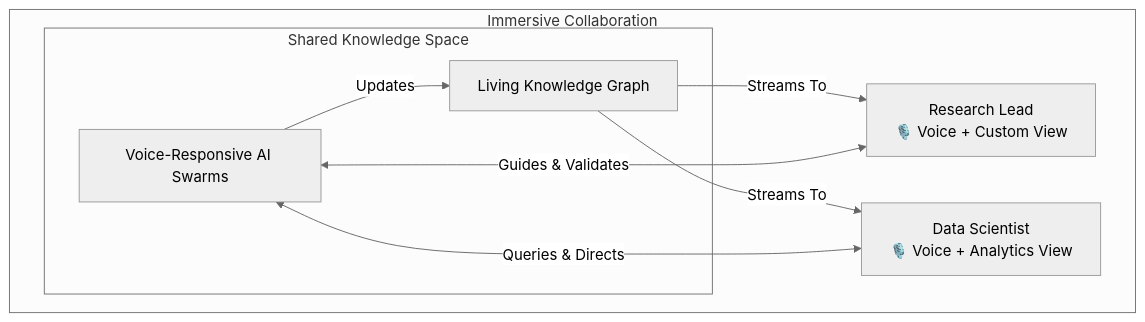
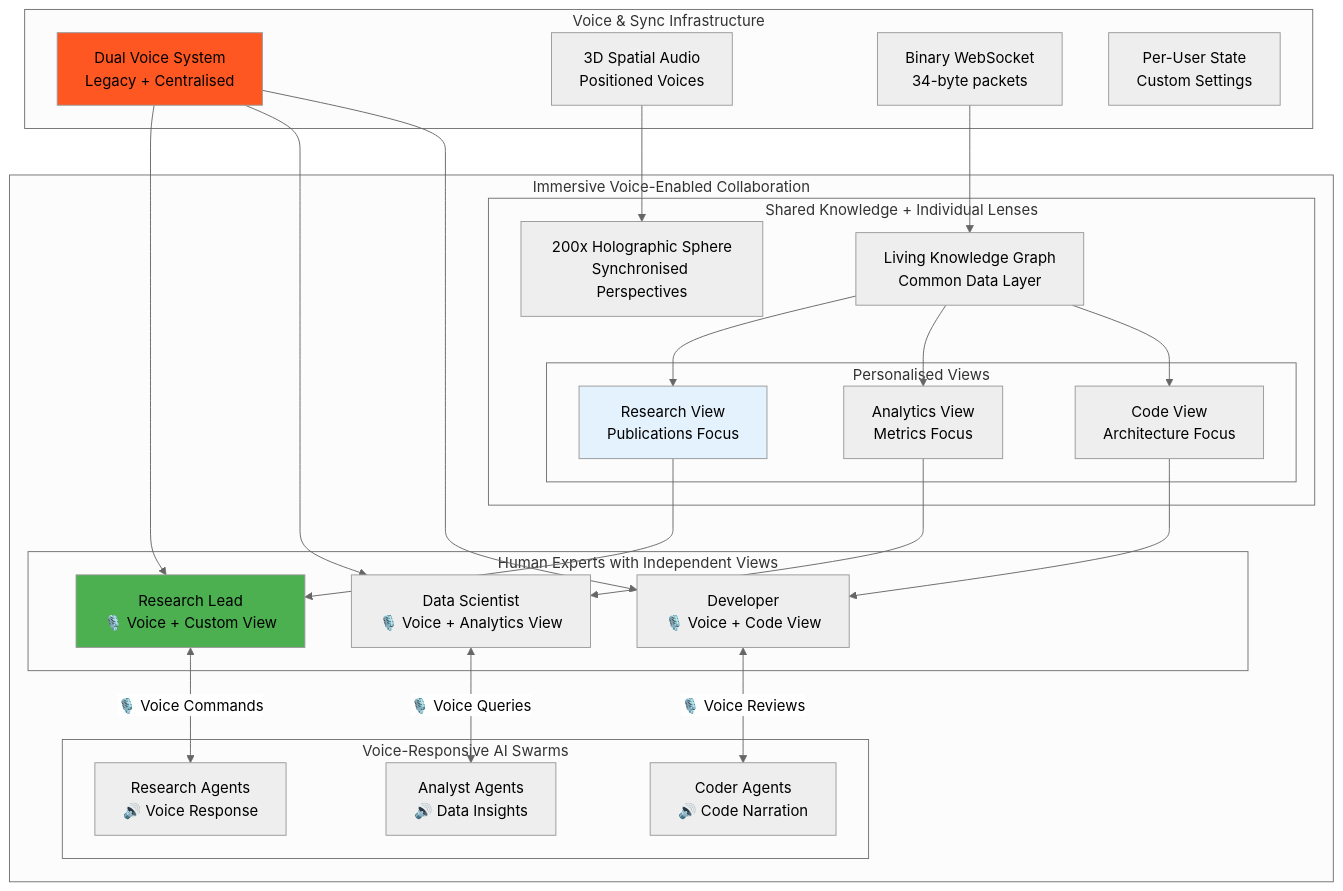
Before and after one commit to DreamLab-AI/VisionFlow: the fourth of 9 diagrams in README.md, drawn with Mermaid (neutral theme). The commit also changed other lines of this file, not shown here.

````diff
--- a/README.md
+++ b/README.md
@@ -127,17 +186,52 @@
 ```mermaid
 graph TB
-    subgraph "Immersive Collaboration"
-        Expert1[Research Lead<br/>🎙️ Voice + Custom View]
-        Expert2[Data Scientist<br/>🎙️ Voice + Analytics View]
-
-        subgraph "Shared Knowledge Space"
-           AI_Swarms[Voice-Responsive AI Swarms]
-           KnowledgeGraph[Living Knowledge Graph]
+    subgraph "Immersive Voice-Enabled Collaboration"
+        subgraph "Human Experts with Independent Views"
+            Expert1[Research Lead<br/>🎙️ Voice + Custom View]
+            Expert2[Data Scientist<br/>🎙️ Voice + Analytics View]
+            Expert3[Developer<br/>🎙️ Voice + Code View]
         end
 
-        Expert1 <--> |Guides & Validates| AI_Swarms
-        Expert2 <--> |Queries & Directs| AI_Swarms
-        AI_Swarms -- Updates --> KnowledgeGraph
-        KnowledgeGraph -- Streams To --> Expert1 & Expert2
+        subgraph "Voice-Responsive AI Swarms"
+            ResearchSwarm[Research Agents<br/>🔊 Voice Response]
+            CoderSwarm[Coder Agents<br/>🔊 Code Narration]
+            AnalystSwarm[Analyst Agents<br/>🔊 Data Insights]
+        end
+
+        subgraph "Shared Knowledge + Individual Lenses"
+            KnowledgeGraph[Living Knowledge Graph<br/>Common Data Layer]
+
+            subgraph "Personalised Views"
+                View1[Research View<br/>Publications Focus]
+                View2[Analytics View<br/>Metrics Focus]
+                View3[Code View<br/>Architecture Focus]
+            end
+
+            HolographicVis[200x Holographic Sphere<br/>Synchronised Perspectives]
+        end
+
+        Expert1 <-->|🎙️ Voice Commands| ResearchSwarm
+        Expert2 <-->|🎙️ Voice Queries| AnalystSwarm
+        Expert3 <-->|🎙️ Voice Reviews| CoderSwarm
+
+        KnowledgeGraph --> View1 & View2 & View3
+        View1 --> Expert1
+        View2 --> Expert2
+        View3 --> Expert3
     end
+
+    subgraph "Voice & Sync Infrastructure"
+        VoiceSystem[Dual Voice System<br/>Legacy + Centralised]
+        SpatialAudio[3D Spatial Audio<br/>Positioned Voices]
+        WebSocketSync[Binary WebSocket<br/>34-byte packets]
+        IndependentState[Per-User State<br/>Custom Settings]
+    end
+
+    VoiceSystem --> Expert1 & Expert2 & Expert3
+    SpatialAudio --> HolographicVis
+    WebSocketSync --> KnowledgeGraph
+
+    style Expert1 fill:#4caf50
+    style VoiceSystem fill:#ff5722
+    style View1 fill:#e3f2fd
 ```
````
